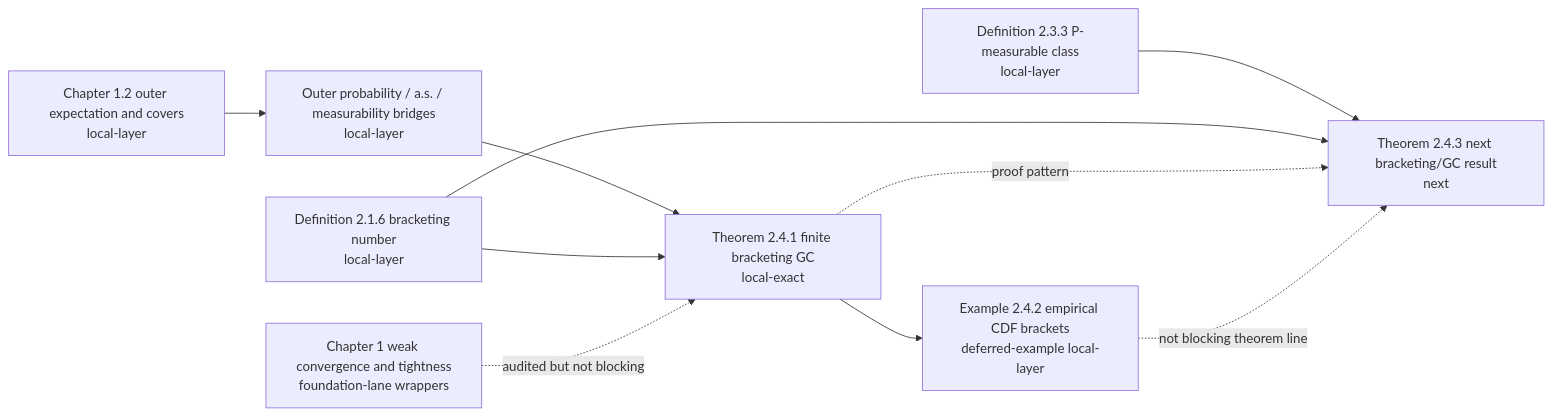
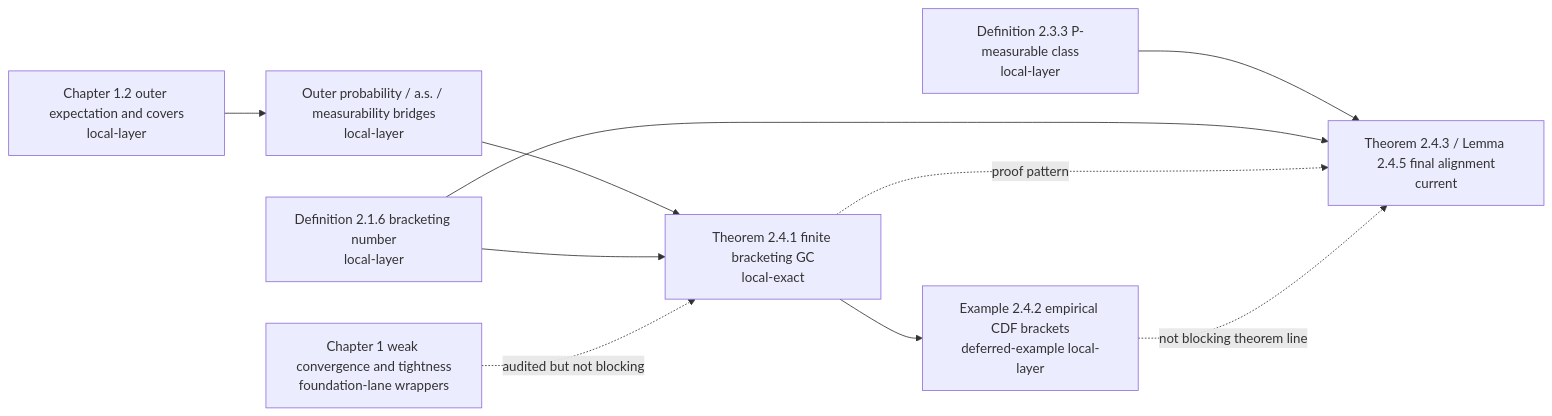
The diagram in docs/vdvw_chapter1_2_progress_dashboard.md (ykzeng-yale/EmpericalProcessLEAN), drawn with Mermaid before and after one commit. The commit also changed other lines of this file and 2 other files, not shown here.

Commit message:
Recalibrate VdVW goal target

````diff
--- a/docs/vdvw_chapter1_2_progress_dashboard.md
+++ b/docs/vdvw_chapter1_2_progress_dashboard.md
@@ -69,21 +69,21 @@
 ```mermaid
 flowchart LR
   C12["Chapter 1.2 outer expectation and covers<br/>local-layer"]
   OP["Outer probability / a.s. / measurability bridges<br/>local-layer"]
   PM["Definition 2.3.3 P-measurable class<br/>local-layer"]
   BR["Definition 2.1.6 bracketing number<br/>local-layer"]
   T241["Theorem 2.4.1 finite bracketing GC<br/>local-exact"]
   E242["Example 2.4.2 empirical CDF brackets<br/>deferred-example local-layer"]
-  T243["Theorem 2.4.3 next bracketing/GC result<br/>next"]
+  T243["Theorem 2.4.3 / Lemma 2.4.5 final alignment<br/>current"]
   GCH1["Chapter 1 weak convergence and tightness<br/>foundation-lane wrappers"]
 
   C12 --> OP
   OP --> T241
   PM --> T243
   BR --> T241
   BR --> T243
   T241 -. proof pattern .-> T243
   T241 --> E242
   E242 -. not blocking theorem line .-> T243
   GCH1 -. audited but not blocking .-> T241
 ```
````
